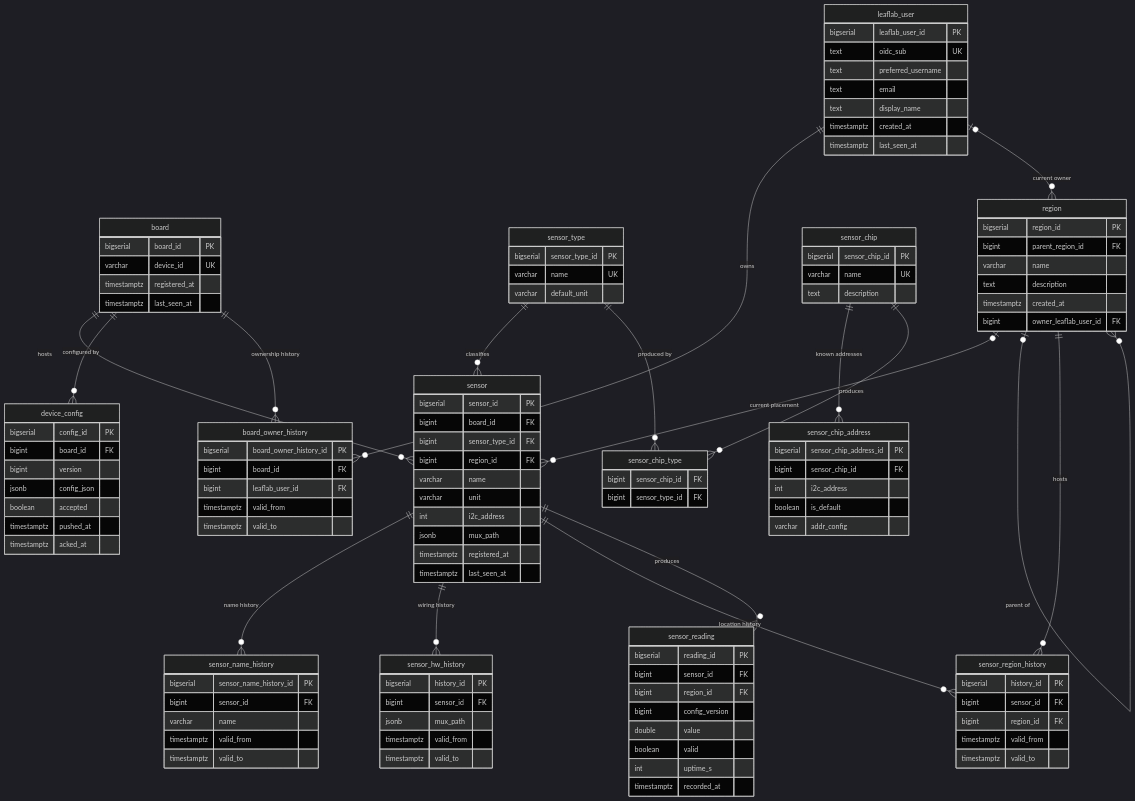
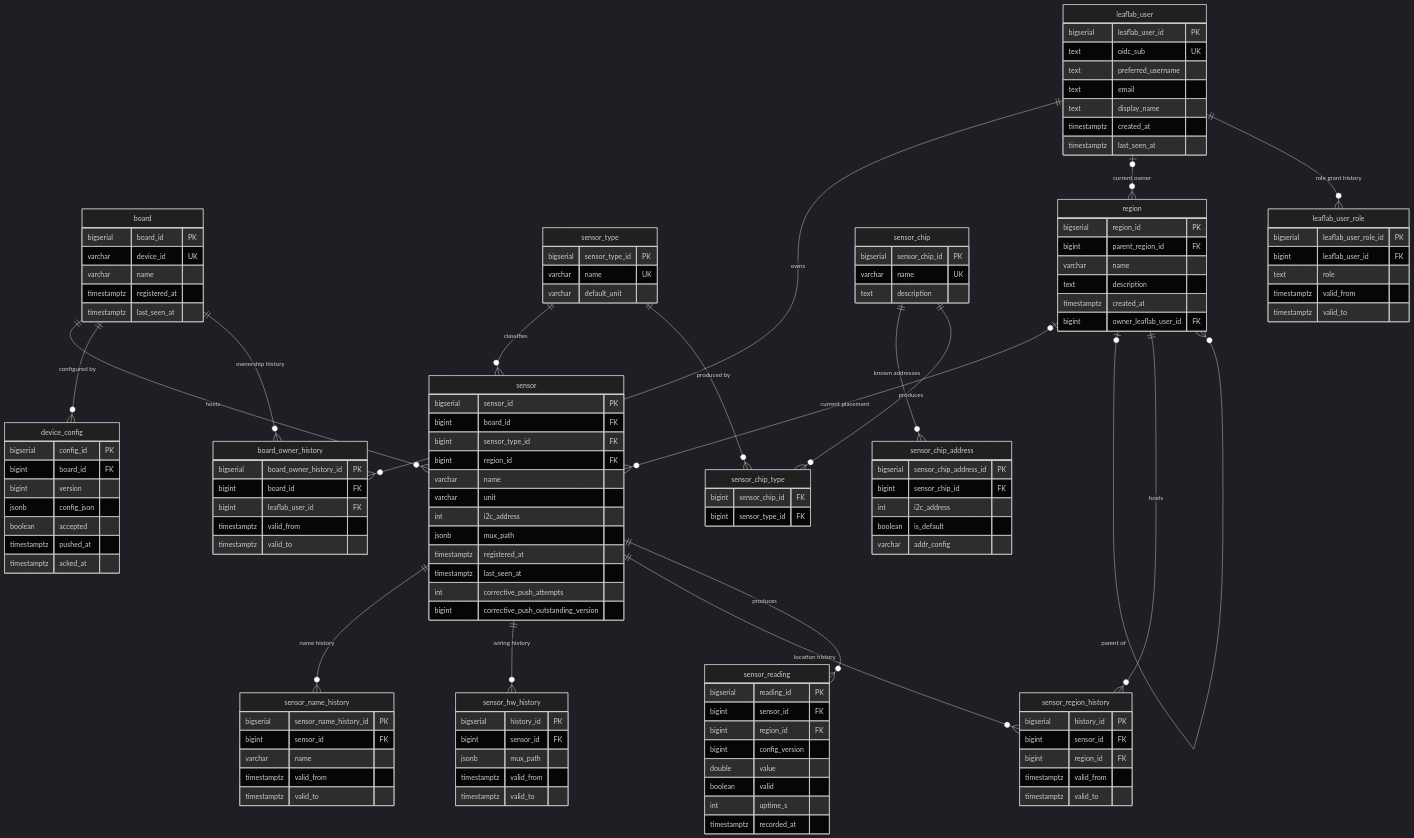
Before and after one commit to whale-net/everything: the first of 4 diagrams in leaflab/DATA.md, drawn with Mermaid (dark theme). The commit also changed other lines of this file and 4 other files, not shown here.

First line of the commit message:
leaflab M2: migration 016 — board.name, leaflab_user_role SCD2, corrective-push attempt counter (#1791)

````diff
--- a/leaflab/DATA.md
+++ b/leaflab/DATA.md
@@ -7,6 +7,7 @@
     board {
         bigserial board_id PK
         varchar   device_id UK
+        varchar   name
         timestamptz registered_at
         timestamptz last_seen_at
     }
@@ -28,6 +29,8 @@
         jsonb       mux_path
         timestamptz registered_at
         timestamptz last_seen_at
+        int         corrective_push_attempts
+        bigint      corrective_push_outstanding_version
     }
 
     sensor_name_history {
@@ -121,6 +124,14 @@
         timestamptz valid_to
     }
 
+    leaflab_user_role {
+        bigserial   leaflab_user_role_id PK
+        bigint      leaflab_user_id FK
+        text        role
+        timestamptz valid_from
+        timestamptz valid_to
+    }
+
     board            ||--o{ sensor               : "hosts"
     sensor_type      ||--o{ sensor               : "classifies"
     region           |o--o{ sensor               : "current placement"
@@ -137,4 +148,5 @@
     board            ||--o{ board_owner_history  : "ownership history"
     leaflab_user     ||--o{ board_owner_history  : "owns"
     leaflab_user     |o--o{ region               : "current owner"
+    leaflab_user     ||--o{ leaflab_user_role    : "role grant history"
 ```
````
